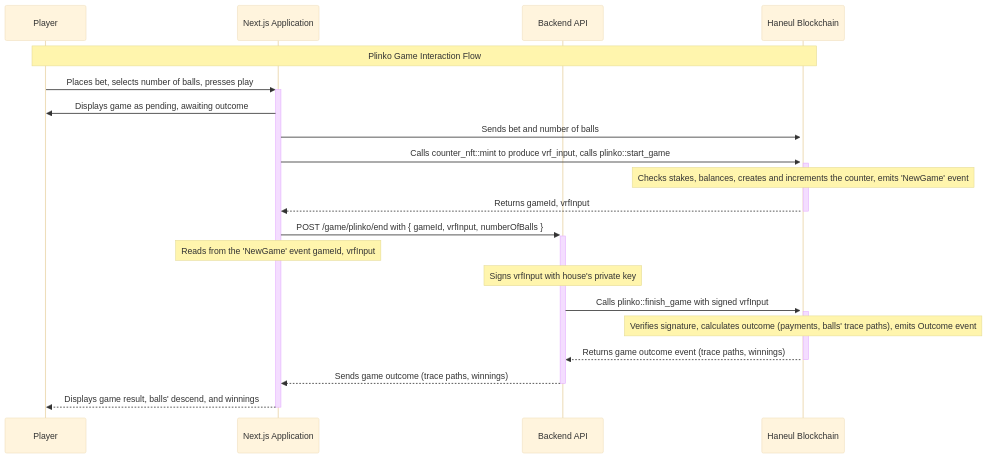
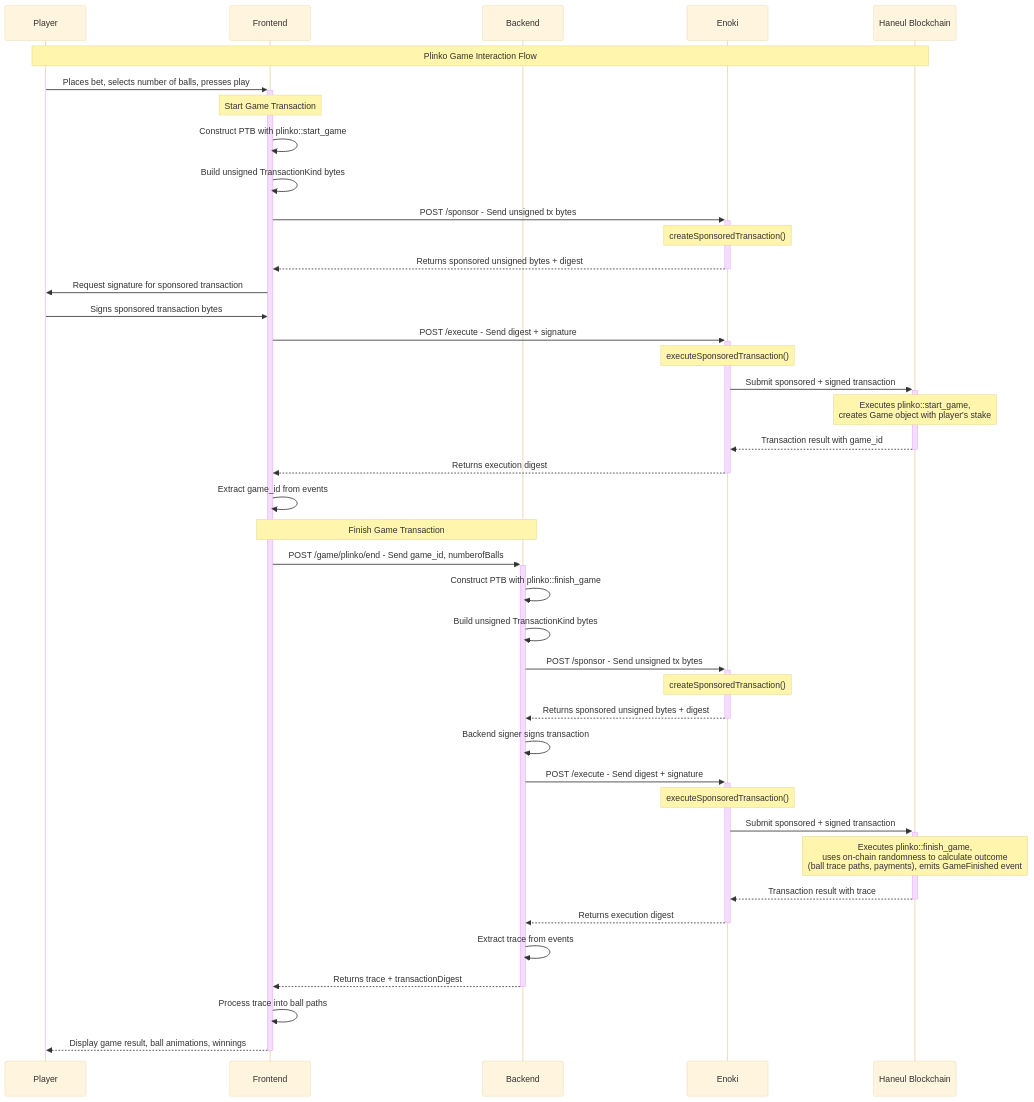
One commit to GeunhwaJeong/haneul-new changed the diagram in docs/content/guides/developer/app-examples/plinko.mdx. Above: the diagram before and after it, drawn with Mermaid (base theme). The commit also changed other lines of this file, not shown here.

First line of the commit message:
[docs] Update Plinko docs to depict refactored state

````diff
--- a/docs/content/guides/developer/app-examples/plinko.mdx
+++ b/docs/content/guides/developer/app-examples/plinko.mdx
@@ -29,24 +29,47 @@
 ```mermaid
 sequenceDiagram
     participant Player as Player
-    participant UI as Next.js Application
-    participant API as Backend API
+    participant FE as Frontend
+    participant BE as Backend
+    participant Enoki as Enoki
     participant Blockchain as Haneul Blockchain
 
     Note over Player, Blockchain: Plinko Game Interaction Flow
 
-    Player->>+UI: Places bet, selects number of balls, presses play
-    UI->>Player: Displays game as pending, awaiting outcome
-    UI->>+Blockchain: Sends bet and number of balls
-    UI->>+Blockchain: Calls counter_nft::mint to produce vrf_input, calls plinko::start_game
-    Note over Blockchain: Checks stakes, balances, creates and increments the counter, emits 'NewGame' event
-    Blockchain-->>-UI: Returns gameId, vrfInput
-    UI->>+API: POST /game/plinko/end with { gameId, vrfInput, numberOfBalls }
-    Note over UI: Reads from the 'NewGame' event gameId, vrfInput
-    Note over API: Signs vrfInput with house's private key
-    API->>+Blockchain: Calls plinko::finish_game with signed vrfInput
-    Note over Blockchain: Verifies signature, calculates outcome (payments, balls' trace paths), emits Outcome event
-    Blockchain-->>-API: Returns game outcome event (trace paths, winnings)
-    API-->>-UI: Sends game outcome (trace paths, winnings)
-    UI-->>-Player: Displays game result, balls' descend, and winnings
+    Player->>+FE: Places bet, selects number of balls, presses play
+
+    Note over FE: Start Game Transaction
+    FE->>FE: Construct PTB with plinko::start_game
+    FE->>FE: Build unsigned TransactionKind bytes
+    FE->>+Enoki: POST /sponsor - Send unsigned tx bytes
+    Note over Enoki: createSponsoredTransaction()
+    Enoki-->>-FE: Returns sponsored unsigned bytes + digest
+    FE->>Player: Request signature for sponsored transaction
+    Player->>FE: Signs sponsored transaction bytes
+    FE->>+Enoki: POST /execute - Send digest + signature
+    Note over Enoki: executeSponsoredTransaction()
+    Enoki->>+Blockchain: Submit sponsored + signed transaction
+    Note over Blockchain: Executes plinko::start_game,<br/>creates Game object with player's stake
+    Blockchain-->>-Enoki: Transaction result with game_id
+    Enoki-->>-FE: Returns execution digest
+    FE->>FE: Extract game_id from events
+
+    Note over FE,BE: Finish Game Transaction
+    FE->>+BE: POST /game/plinko/end - Send game_id, numberofBalls
+    BE->>BE: Construct PTB with plinko::finish_game
+    BE->>BE: Build unsigned TransactionKind bytes
+    BE->>+Enoki: POST /sponsor - Send unsigned tx bytes
+    Note over Enoki: createSponsoredTransaction()
+    Enoki-->>-BE: Returns sponsored unsigned bytes + digest
+    BE->>BE: Backend signer signs transaction
+    BE->>+Enoki: POST /execute - Send digest + signature
+    Note over Enoki: executeSponsoredTransaction()
+    Enoki->>+Blockchain: Submit sponsored + signed transaction
+    Note over Blockchain: Executes plinko::finish_game,<br/>uses on-chain randomness to calculate outcome<br/>(ball trace paths, payments), emits GameFinished event
+    Blockchain-->>-Enoki: Transaction result with trace
+    Enoki-->>-BE: Returns execution digest
+    BE->>BE: Extract trace from events
+    BE-->>-FE: Returns trace + transactionDigest
+    FE->>FE: Process trace into ball paths
+    FE-->>-Player: Display game result, ball animations, winnings
 ```
````
